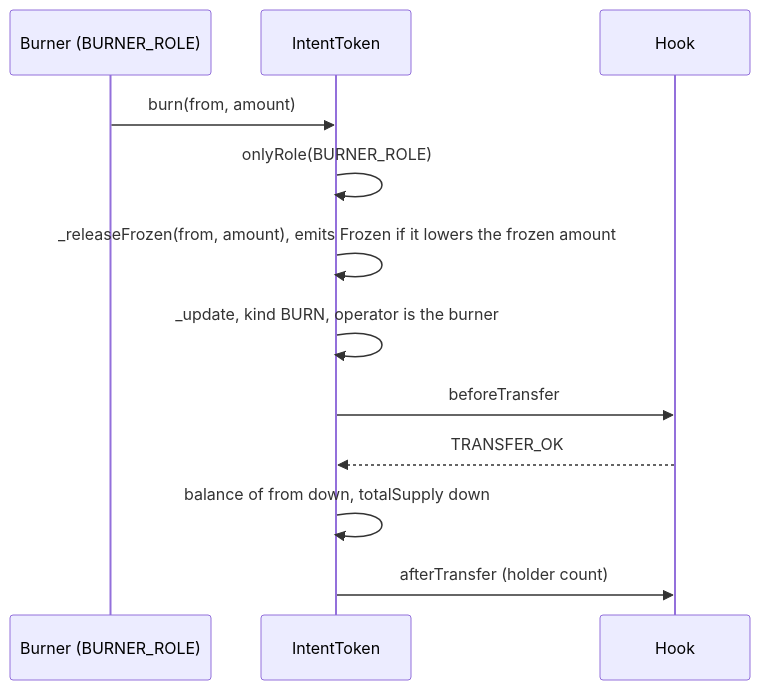
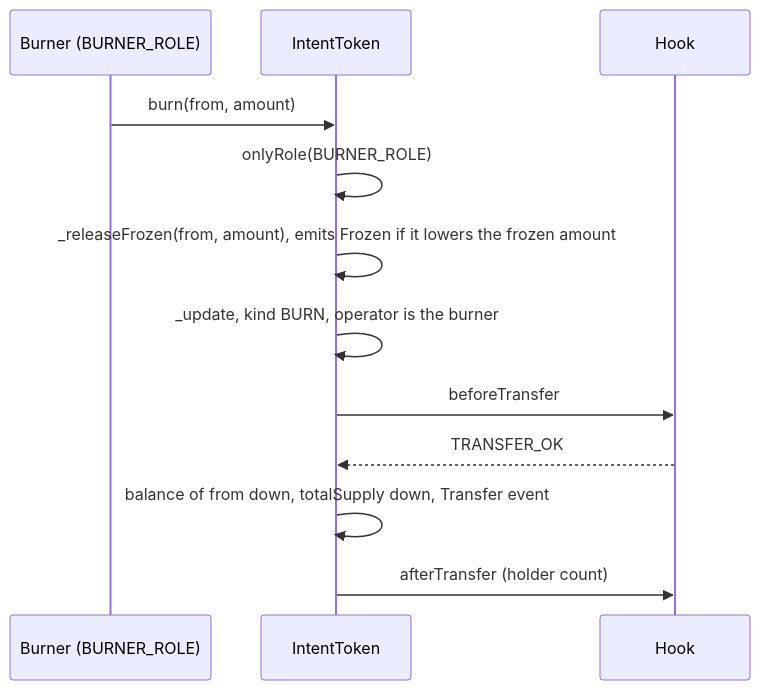
One commit to fepvenancio/rwa-token changed the second of 7 diagrams in docs/flows-token.md. Above: the diagram before and after it, drawn with Mermaid. The commit also changed other lines of this file and 7 other files, not shown here.

````diff
--- a/docs/flows-token.md
+++ b/docs/flows-token.md
@@ -35,14 +35,14 @@
 ```mermaid
 sequenceDiagram
   participant B as Burner (BURNER_ROLE)
   participant T as IntentToken
   participant H as Hook
   B->>T: burn(from, amount)
   T->>T: onlyRole(BURNER_ROLE)
   T->>T: _releaseFrozen(from, amount), emits Frozen if it lowers the frozen amount
   T->>T: _update, kind BURN, operator is the burner
   T->>H: beforeTransfer
   H-->>T: TRANSFER_OK
-  T->>T: balance of from down, totalSupply down
+  T->>T: balance of from down, totalSupply down, Transfer event
   T->>H: afterTransfer (holder count)
 ```
````
